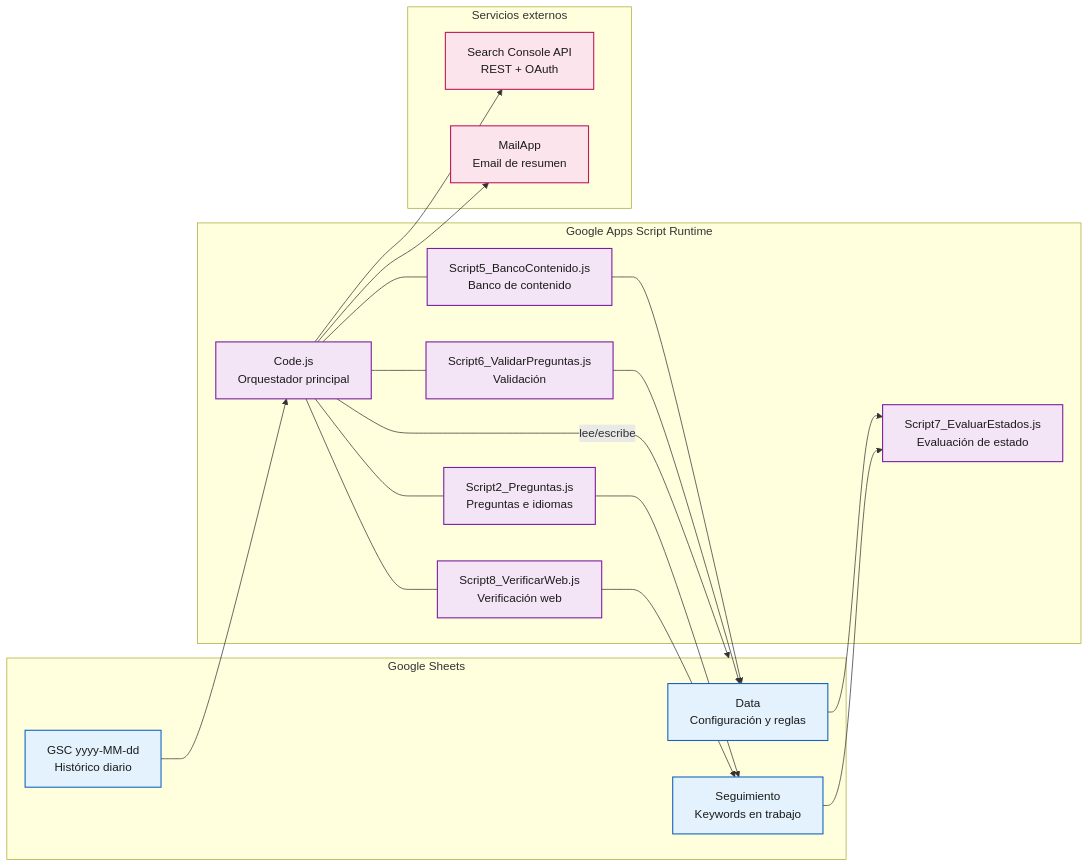
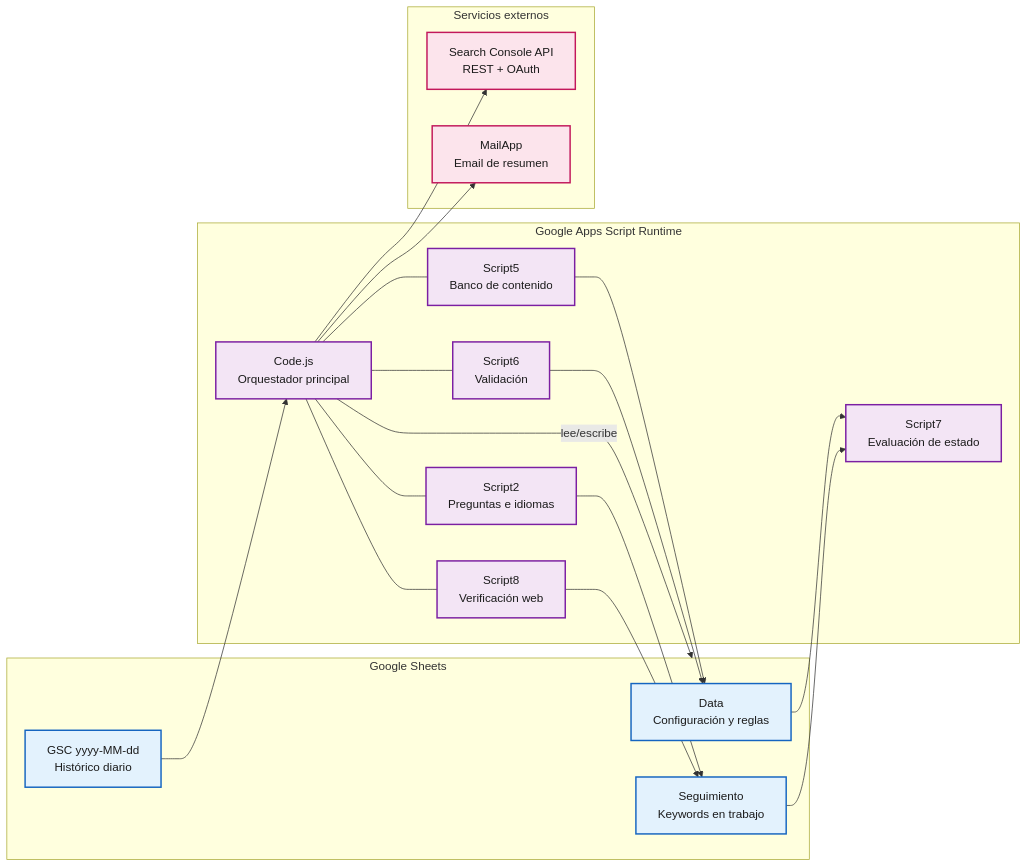
The first of 2 diagrams in ARQUITECTURA_DIAGRAMAS.md (yadenispinero/keywords-gsc), drawn with Mermaid before and after one commit. The commit also changed other lines of this file, not shown here.

Commit message:
Fix Mermaid diagram parsing error in workflow section

````diff
--- a/ARQUITECTURA_DIAGRAMAS.md
+++ b/ARQUITECTURA_DIAGRAMAS.md
@@ -7,50 +7,47 @@
 ```mermaid
 flowchart LR
-    classDef external fill:#E8F5E9,stroke:#2E7D32,stroke-width:1.5px,color:#1B1B1B;
-    classDef sheets fill:#E3F2FD,stroke:#1565C0,stroke-width:1.5px,color:#1B1B1B;
-    classDef appscript fill:#F3E5F5,stroke:#7B1FA2,stroke-width:1.5px,color:#1B1B1B;
-    classDef helper fill:#FFF3E0,stroke:#EF6C00,stroke-width:1.5px,color:#1B1B1B;
-    classDef api fill:#FCE4EC,stroke:#C2185B,stroke-width:1.5px,color:#1B1B1B;
+    classDef external fill:#E8F5E9,stroke:#2E7D32,stroke-width:2px,color:#1B1B1B
+    classDef sheets fill:#E3F2FD,stroke:#1565C0,stroke-width:2px,color:#1B1B1B
+    classDef appscript fill:#F3E5F5,stroke:#7B1FA2,stroke-width:2px,color:#1B1B1B
+    classDef helper fill:#FFF3E0,stroke:#EF6C00,stroke-width:2px,color:#1B1B1B
+    classDef api fill:#FCE4EC,stroke:#C2185B,stroke-width:2px,color:#1B1B1B
 
-    subgraph GS[Google Sheets]
-        A[Data\nConfiguración y reglas]
-        B[Seguimiento\nKeywords en trabajo]
-        C[GSC yyyy-MM-dd\nHistórico diario]
+    subgraph GS["Google Sheets"]
+        A["Data<br/>Configuración y reglas"]
+        B["Seguimiento<br/>Keywords en trabajo"]
+        C["GSC yyyy-MM-dd<br/>Histórico diario"]
     end
 
-    subgraph AS[Google Apps Script Runtime]
-        D[Code.js\nOrquestador principal]
-        E[Script7_EvaluarEstados.js\nEvaluación de estado]
-        F[Script2_Preguntas.js\nPreguntas e idiomas]
-        G[Script5_BancoContenido.js\nBanco de contenido]
-        H[Script6_ValidarPreguntas.js\nValidación]
-        I[Script8_VerificarWeb.js\nVerificación web]
+    subgraph AS["Google Apps Script Runtime"]
+        D["Code.js<br/>Orquestador principal"]
+        E["Script7<br/>Evaluación de estado"]
+        F["Script2<br/>Preguntas e idiomas"]
+        G["Script5<br/>Banco de contenido"]
+        H["Script6<br/>Validación"]
+        I["Script8<br/>Verificación web"]
     end
 
-    subgraph EXT[Servicios externos]
-        J[Search Console API\nREST + OAuth]
-        K[MailApp\nEmail de resumen]
+    subgraph EXT["Servicios externos"]
+        J["Search Console API<br/>REST + OAuth"]
+        K["MailApp<br/>Email de resumen"]
     end
 
     A --> E
     B --> E
     C --> D
-
     D --> J
     D --> K
     D -->|lee/escribe| GS
-
     D --- F
     D --- G
     D --- H
     D --- I
-
     F --> B
     G --> A
     H --> A
     I --> B
 
-    class A,B,C sheets;
-    class D,E,F,G,H,I appscript;
-    class J,K api;
+    class A,B,C sheets
+    class D,E,F,G,H,I appscript
+    class J,K api
 ```
````
